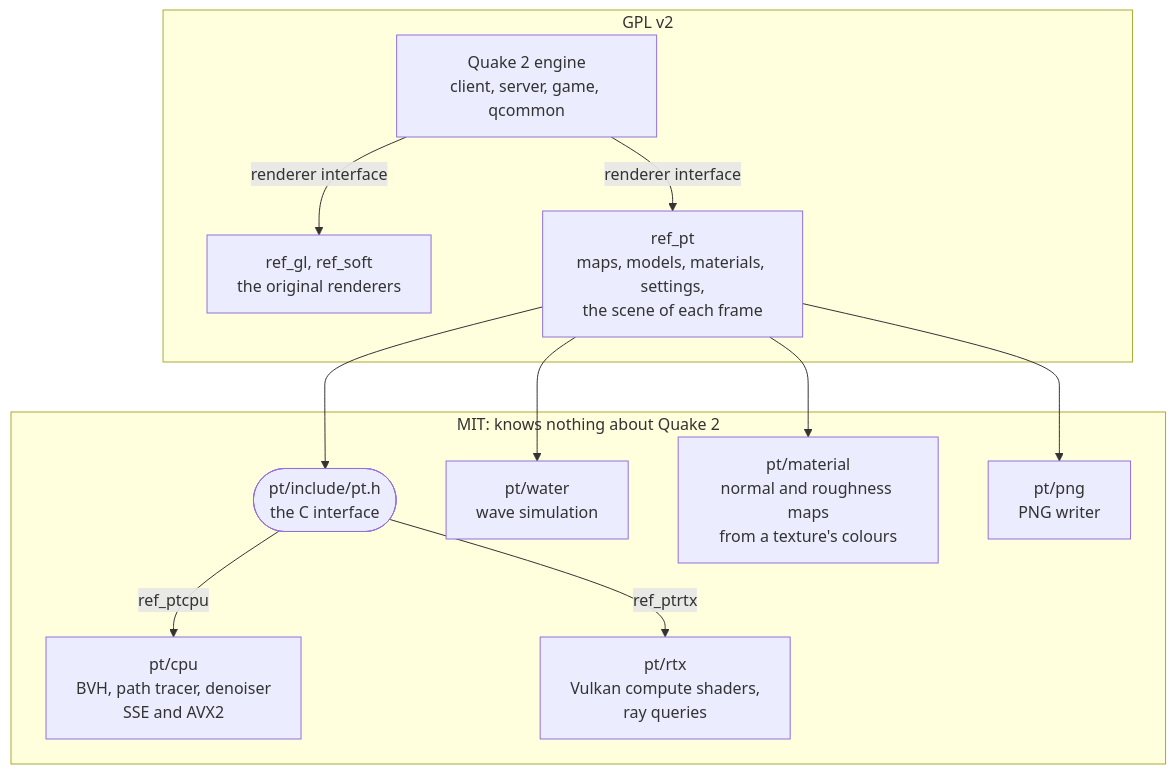
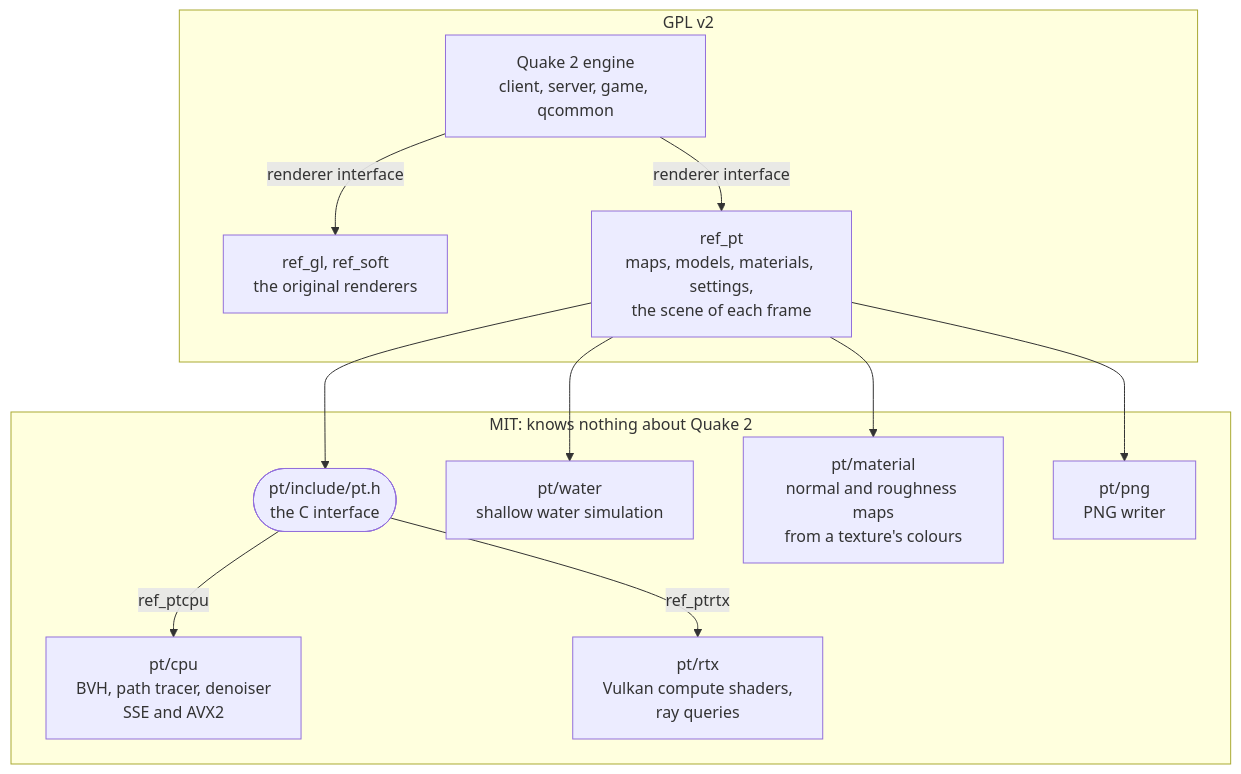
One commit to jferguson-tech/q2pt changed the first of 2 diagrams in README.md. Above: the diagram before and after it, drawn with Mermaid. The commit also changed other lines of this file and 12 other files, not shown here.

First line of the commit message:
Water: a shallow water solver, and RTX no longer stops at 8 liquids (#52)

````diff
--- a/README.md
+++ b/README.md
@@ -300,24 +303,24 @@
 ```mermaid
 flowchart TD
     subgraph gpl["GPL v2"]
         engine["Quake 2 engine<br/>client, server, game, qcommon"]
         old["ref_gl, ref_soft<br/>the original renderers"]
         refpt["ref_pt<br/>maps, models, materials, settings,<br/>the scene of each frame"]
     end
     subgraph mit["MIT: knows nothing about Quake 2"]
         api(["pt/include/pt.h<br/>the C interface"])
         cpu["pt/cpu<br/>BVH, path tracer, denoiser<br/>SSE and AVX2"]
         rtx["pt/rtx<br/>Vulkan compute shaders,<br/>ray queries"]
-        water["pt/water<br/>wave simulation"]
+        water["pt/water<br/>shallow water simulation"]
         material["pt/material<br/>normal and roughness maps<br/>from a texture's colours"]
         png["pt/png<br/>PNG writer"]
     end
     engine -- "renderer interface" --> old
     engine -- "renderer interface" --> refpt
     refpt --> api
     api -- "ref_ptcpu" --> cpu
     api -- "ref_ptrtx" --> rtx
     refpt --> water
     refpt --> material
     refpt --> png
 ```
````
